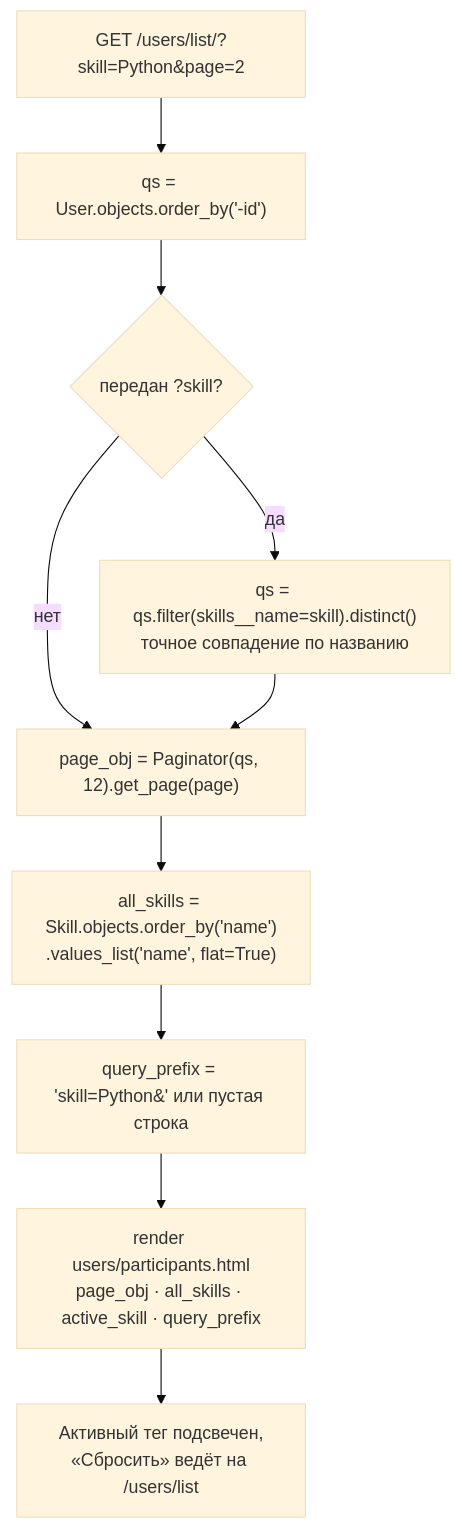
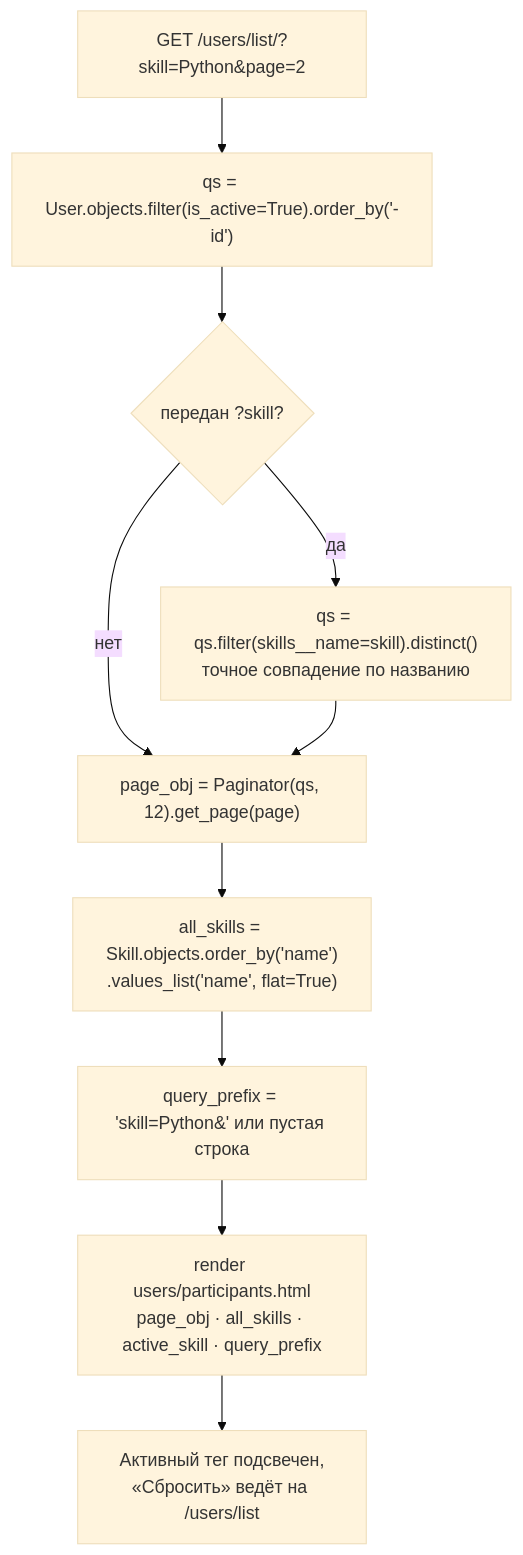
One commit to g3eraa/team-finder-ad changed diagram 16 of 24 in ARCHITECTURE.md. Above: the diagram before and after it, drawn with Mermaid (base theme). The commit also changed other lines of this file and 16 other files, not shown here.

````diff
--- a/ARCHITECTURE.md
+++ b/ARCHITECTURE.md
@@ -672,12 +671,12 @@
 ```mermaid
 flowchart TD
-    REQ["GET /users/list/?skill=Python&page=2"] --> QS["qs = User.objects.order_by('-id')"]
+    REQ["GET /users/list/?skill=Python&page=2"] --> QS["qs = User.objects.filter(is_active=True).order_by('-id')"]
     QS --> HAS{"передан ?skill?"}
     HAS -- "да" --> FIL["qs = qs.filter(skills__name=skill).distinct()<br/>точное совпадение по названию"]
     HAS -- "нет" --> PAG
     FIL --> PAG["page_obj = Paginator(qs, 12).get_page(page)"]
     PAG --> ALL["all_skills = Skill.objects.order_by('name')<br/>.values_list('name', flat=True)"]
     ALL --> PREF["query_prefix = 'skill=Python&' или пустая строка"]
     PREF --> R["render users/participants.html<br/>page_obj · all_skills · active_skill · query_prefix"]
     R --> UI["Активный тег подсвечен,<br/>«Сбросить» ведёт на /users/list"]
 ```
````
